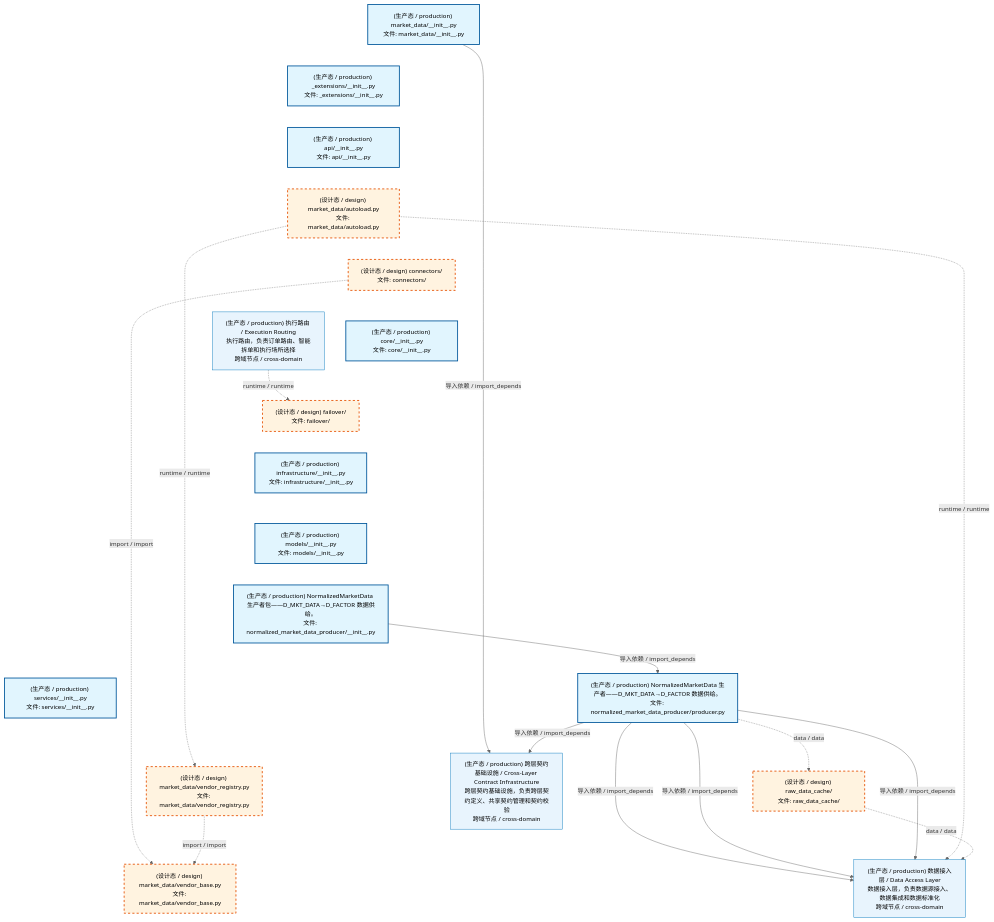
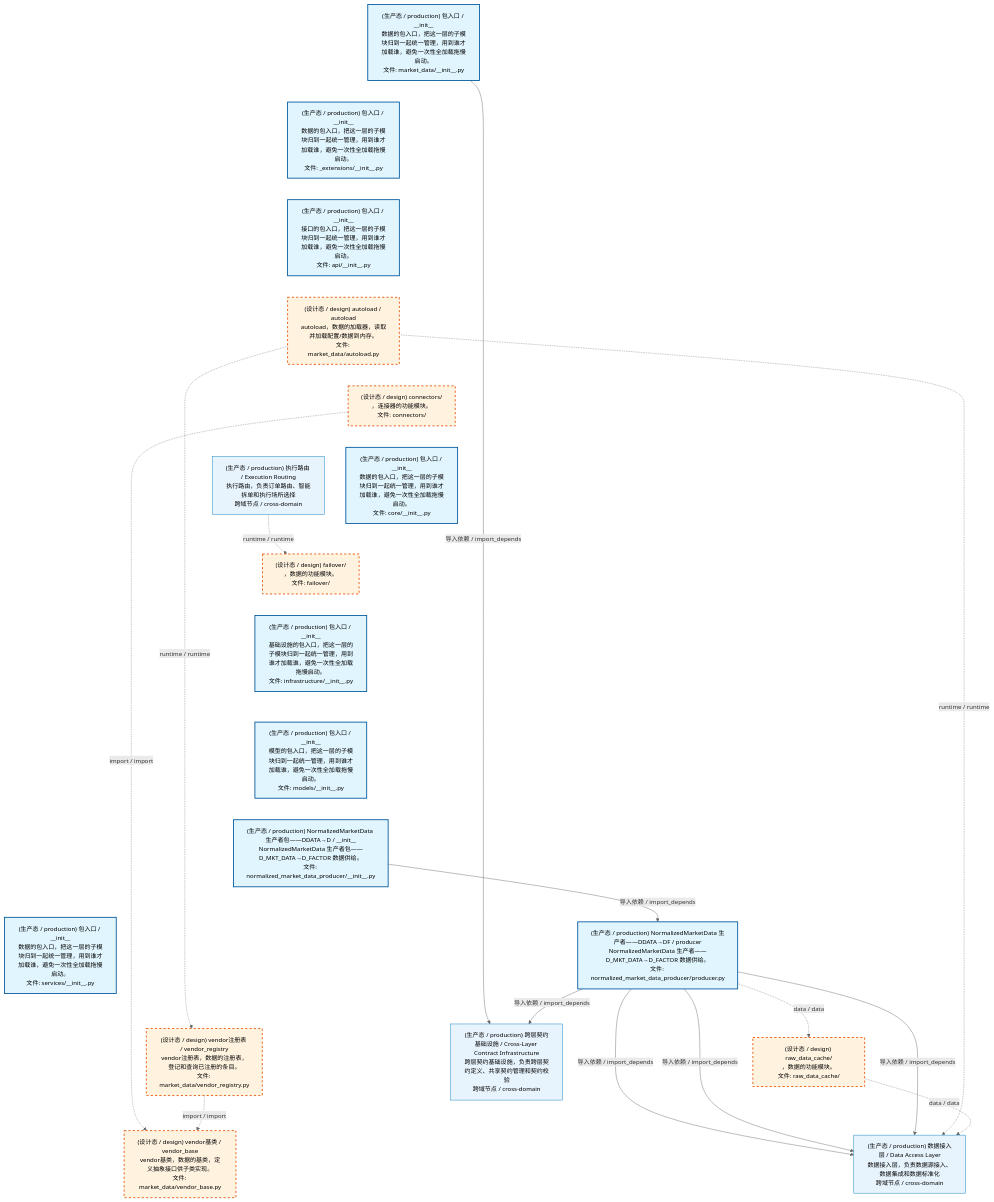
One commit to xuanFelixVan/ZephyrAlpha changed the first of 4 diagrams in docs/02_enterprise_architecture/02_domain_architecture_docs/23_d_mkt_data.md. Above: the diagram before and after it, drawn with Mermaid. The commit also changed other lines of this file and 60 other files, not shown here.

````diff
--- a/docs/02_enterprise_architecture/02_domain_architecture_docs/23_d_mkt_data.md
+++ b/docs/02_enterprise_architecture/02_domain_architecture_docs/23_d_mkt_data.md
@@ -53,54 +53,54 @@
 ```mermaid
 %%{init: {'theme': 'base', 'themeVariables': {'primaryColor': '#eaeaea', 'primaryTextColor': '#333333', 'primaryBorderColor': '#666666', 'lineColor': '#666666', 'secondaryColor': '#eaeaea', 'tertiaryColor': '#eaeaea', 'fontSize': '14px'}}}%%
 flowchart TD
-    src_zephyr_market_data_init_py["(生产态 / production) market_data/__init__.py<br/>文件: market_data/__init__.py"]
-    src_zephyr_market_data_extensions_init_py["(生产态 / production) _extensions/__init__.py<br/>文件: _extensions/__init__.py"]
-    src_zephyr_market_data_api_init_py["(生产态 / production) api/__init__.py<br/>文件: api/__init__.py"]
-    src_zephyr_market_data_autoload_py["(设计态 / design) market_data/autoload.py<br/>文件: market_data/autoload.py"]
-    src_zephyr_market_data_connectors["(设计态 / design) connectors/<br/>文件: connectors/"]
-    src_zephyr_market_data_core_init_py["(生产态 / production) core/__init__.py<br/>文件: core/__init__.py"]
-    src_zephyr_market_data_failover["(设计态 / design) failover/<br/>文件: failover/"]
-    src_zephyr_market_data_infrastructure_init_py["(生产态 / production) infrastructure/__init__.py<br/>文件: infrastructure/__init__.py"]
-    src_zephyr_market_data_models_init_py["(生产态 / production) models/__init__.py<br/>文件: models/__init__.py"]
-    src_zephyr_market_data_normalized_market_data_producer_init_py["(生产态 / production) NormalizedMarketData 生产者包——D_MKT_DATA→D_FACTOR 数据供给。<br/>文件: normalized_market_data_producer/__init__.py"]
-    src_zephyr_market_data_services_init_py["(生产态 / production) services/__init__.py<br/>文件: services/__init__.py"]
+    src_zephyr_market_data_init_py["(生产态 / production) 包入口 / __init__<br/>数据的包入口，把这一层的子模块归到一起统一管理，用到谁才加载谁，避免一次性全加载拖慢启动。<br/>文件: market_data/__init__.py"]
+    src_zephyr_market_data_extensions_init_py["(生产态 / production) 包入口 / __init__<br/>数据的包入口，把这一层的子模块归到一起统一管理，用到谁才加载谁，避免一次性全加载拖慢启动。<br/>文件: _extensions/__init__.py"]
+    src_zephyr_market_data_api_init_py["(生产态 / production) 包入口 / __init__<br/>接口的包入口，把这一层的子模块归到一起统一管理，用到谁才加载谁，避免一次性全加载拖慢启动。<br/>文件: api/__init__.py"]
+    src_zephyr_market_data_autoload_py["(设计态 / design) autoload / autoload<br/>autoload，数据的加载器，读取并加载配置/数据到内存。<br/>文件: market_data/autoload.py"]
+    src_zephyr_market_data_connectors["(设计态 / design) connectors/<br/>，连接器的功能模块。<br/>文件: connectors/"]
+    src_zephyr_market_data_core_init_py["(生产态 / production) 包入口 / __init__<br/>数据的包入口，把这一层的子模块归到一起统一管理，用到谁才加载谁，避免一次性全加载拖慢启动。<br/>文件: core/__init__.py"]
+    src_zephyr_market_data_failover["(设计态 / design) failover/<br/>，数据的功能模块。<br/>文件: failover/"]
+    src_zephyr_market_data_infrastructure_init_py["(生产态 / production) 包入口 / __init__<br/>基础设施的包入口，把这一层的子模块归到一起统一管理，用到谁才加载谁，避免一次性全加载拖慢启动。<br/>文件: infrastructure/__init__.py"]
+    src_zephyr_market_data_models_init_py["(生产态 / production) 包入口 / __init__<br/>模型的包入口，把这一层的子模块归到一起统一管理，用到谁才加载谁，避免一次性全加载拖慢启动。<br/>文件: models/__init__.py"]
+    src_zephyr_market_data_normalized_market_data_producer_init_py["(生产态 / production) NormalizedMarketData 生产者包——DDATA→D / __init__<br/>NormalizedMarketData 生产者包——D_MKT_DATA→D_FACTOR 数据供给。<br/>文件: normalized_market_data_producer/__init__.py"]
+    src_zephyr_market_data_services_init_py["(生产态 / production) 包入口 / __init__<br/>数据的包入口，把这一层的子模块归到一起统一管理，用到谁才加载谁，避免一次性全加载拖慢启动。<br/>文件: services/__init__.py"]
     src_zephyr_market_data_init_py ~~~ src_zephyr_market_data_extensions_init_py
     src_zephyr_market_data_extensions_init_py ~~~ src_zephyr_market_data_api_init_py
     src_zephyr_market_data_api_init_py ~~~ src_zephyr_market_data_autoload_py
     src_zephyr_market_data_autoload_py ~~~ src_zephyr_market_data_connectors
     src_zephyr_market_data_connectors ~~~ src_zephyr_market_data_core_init_py
     src_zephyr_market_data_core_init_py ~~~ src_zephyr_market_data_failover
     src_zephyr_market_data_failover ~~~ src_zephyr_market_data_infrastructure_init_py
     src_zephyr_market_data_infrastructure_init_py ~~~ src_zephyr_market_data_models_init_py
     src_zephyr_market_data_models_init_py ~~~ src_zephyr_market_data_normalized_market_data_producer_init_py
     src_zephyr_market_data_normalized_market_data_producer_init_py ~~~ src_zephyr_market_data_services_init_py
-    src_zephyr_market_data_normalized_market_data_producer_producer_py["(生产态 / production) NormalizedMarketData 生产者——D_MKT_DATA→D_FACTOR 数据供给。<br/>文件: normalized_market_data_producer/producer.py"]
-    src_zephyr_market_data_vendor_registry_py["(设计态 / design) market_data/vendor_registry.py<br/>文件: market_data/vendor_registry.py"]
+    src_zephyr_market_data_normalized_market_data_producer_producer_py["(生产态 / production) NormalizedMarketData 生产者——DDATA→DF / producer<br/>NormalizedMarketData 生产者——D_MKT_DATA→D_FACTOR 数据供给。<br/>文件: normalized_market_data_producer/producer.py"]
+    src_zephyr_market_data_vendor_registry_py["(设计态 / design) vendor注册表 / vendor_registry<br/>vendor注册表，数据的注册表，登记和查询已注册的条目。<br/>文件: market_data/vendor_registry.py"]
     src_zephyr_market_data_normalized_market_data_producer_producer_py ~~~ src_zephyr_market_data_vendor_registry_py
-    src_zephyr_market_data_raw_data_cache["(设计态 / design) raw_data_cache/<br/>文件: raw_data_cache/"]
-    src_zephyr_market_data_vendor_base_py["(设计态 / design) market_data/vendor_base.py<br/>文件: market_data/vendor_base.py"]
+    src_zephyr_market_data_raw_data_cache["(设计态 / design) raw_data_cache/<br/>，数据的功能模块。<br/>文件: raw_data_cache/"]
+    src_zephyr_market_data_vendor_base_py["(设计态 / design) vendor基类 / vendor_base<br/>vendor基类，数据的基类，定义抽象接口供子类实现。<br/>文件: market_data/vendor_base.py"]
     src_zephyr_market_data_raw_data_cache ~~~ src_zephyr_market_data_vendor_base_py
     src_zephyr_market_data_vendor_registry_py -.->|import / import| src_zephyr_market_data_vendor_base_py
     src_zephyr_market_data_connectors -.->|import / import| src_zephyr_market_data_vendor_base_py
     src_zephyr_market_data_autoload_py -.->|runtime / runtime| src_zephyr_market_data_vendor_registry_py
     src_zephyr_market_data_normalized_market_data_producer_init_py -->|导入依赖 / import_depends| src_zephyr_market_data_normalized_market_data_producer_producer_py
     src_zephyr_market_data_normalized_market_data_producer_producer_py -.->|data / data| src_zephyr_market_data_raw_data_cache
     D_DATA["(生产态 / production) 数据接入层 / Data Access Layer<br/>数据接入层，负责数据源接入、数据集成和数据标准化<br/>跨域节点 / cross-domain"]
     src_zephyr_market_data_raw_data_cache -.->|data / data| D_DATA
     src_zephyr_market_data_autoload_py -.->|runtime / runtime| D_DATA
     src_zephyr_market_data_normalized_market_data_producer_producer_py -->|导入依赖 / import_depends| D_DATA
     src_zephyr_market_data_normalized_market_data_producer_producer_py -->|导入依赖 / import_depends| D_DATA
     src_zephyr_market_data_normalized_market_data_producer_producer_py -->|导入依赖 / import_depends| D_DATA
     D_INFRASTRUCTURE["(生产态 / production) 跨层契约基础设施 / Cross-Layer Contract Infrastructure<br/>跨层契约基础设施，负责跨层契约定义、共享契约管理和契约校验<br/>跨域节点 / cross-domain"]
     src_zephyr_market_data_normalized_market_data_producer_producer_py -->|导入依赖 / import_depends| D_INFRASTRUCTURE
     src_zephyr_market_data_init_py -->|导入依赖 / import_depends| D_INFRASTRUCTURE
     D_EX_SOR["(生产态 / production) 执行路由 / Execution Routing<br/>执行路由，负责订单路由、智能拆单和执行场所选择<br/>跨域节点 / cross-domain"]
     D_EX_SOR -.->|runtime / runtime| src_zephyr_market_data_failover
     classDef production fill:#e1f5fe,stroke:#01579b,stroke-width:2px,color:#000
     classDef design fill:#fff3e0,stroke:#e65100,stroke-width:2px,color:#000,stroke-dasharray: 5 5
     classDef external_prod fill:#e8f4fd,stroke:#0277bd,stroke-width:1px,color:#000
     classDef external_design fill:#fff8e7,stroke:#ef6c00,stroke-width:1px,color:#000,stroke-dasharray: 5 5
     class src_zephyr_market_data_init_py,src_zephyr_market_data_extensions_init_py,src_zephyr_market_data_api_init_py,src_zephyr_market_data_core_init_py,src_zephyr_market_data_infrastructure_init_py,src_zephyr_market_data_models_init_py,src_zephyr_market_data_normalized_market_data_producer_init_py,src_zephyr_market_data_normalized_market_data_producer_producer_py,src_zephyr_market_data_services_init_py production
     class src_zephyr_market_data_autoload_py,src_zephyr_market_data_connectors,src_zephyr_market_data_failover,src_zephyr_market_data_raw_data_cache,src_zephyr_market_data_vendor_base_py,src_zephyr_market_data_vendor_registry_py design
     class D_DATA,D_INFRASTRUCTURE,D_EX_SOR external_prod
 ```
````
